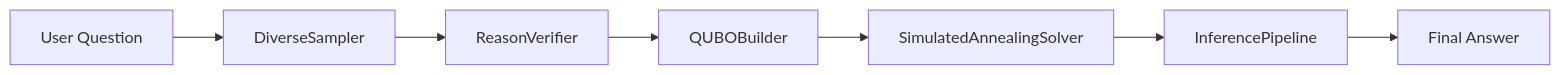
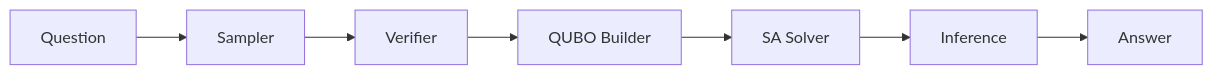
One commit to tanaymitra54/samsung_backup changed the second of 15 diagrams in README.md. Above: the diagram before and after it, drawn with Mermaid. The commit also changed other lines of this file, not shown here.

Commit message:
Simplify README Mermaid diagrams: shorter labels, cleaner visuals, less text

````diff
--- a/README.md
+++ b/README.md
@@ -93,9 +90,9 @@
 ```mermaid
 flowchart LR
-    U[User Question] --> S[DiverseSampler]
-    S --> V[ReasonVerifier]
-    V --> Q[QUBOBuilder]
-    Q --> A[SimulatedAnnealingSolver]
-    A --> I[InferencePipeline]
-    I --> O[Final Answer]
+    Q[Question] --> S[Sampler]
+    S --> V[Verifier]
+    V --> B[QUBO Builder]
+    B --> Sol[SA Solver]
+    Sol --> I[Inference]
+    I --> A[Answer]
 ```
````
